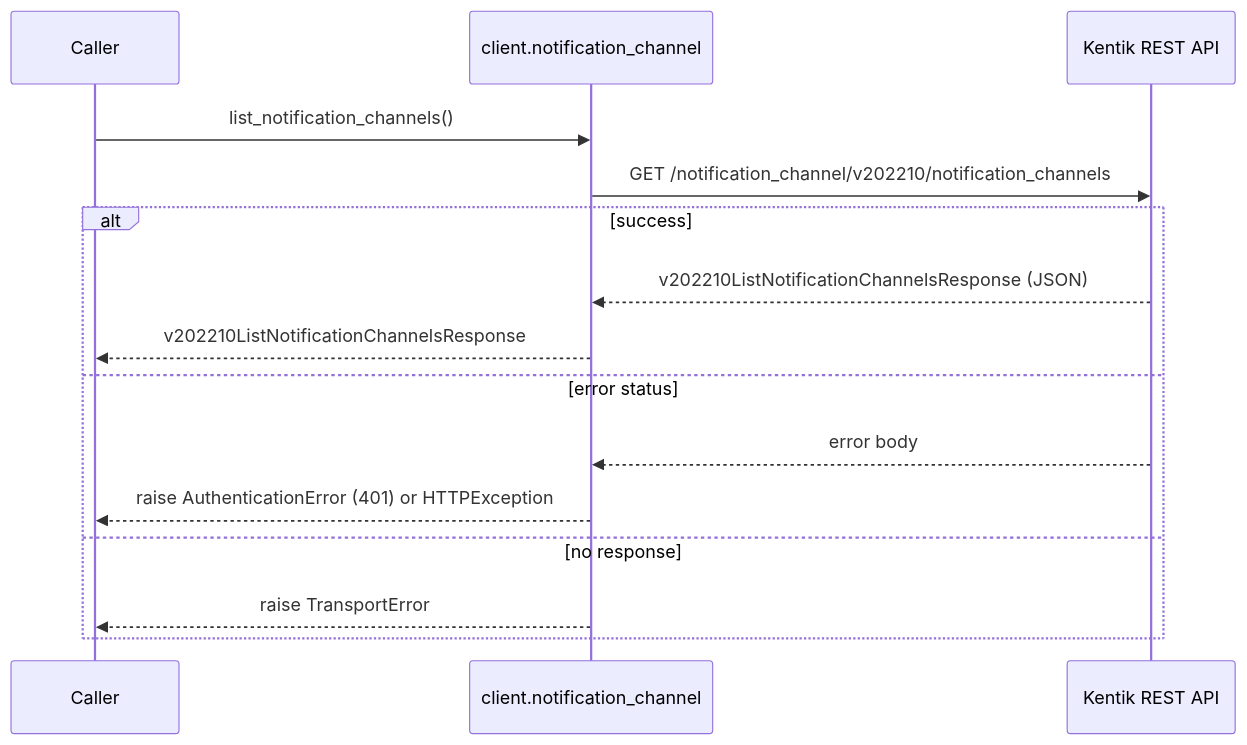
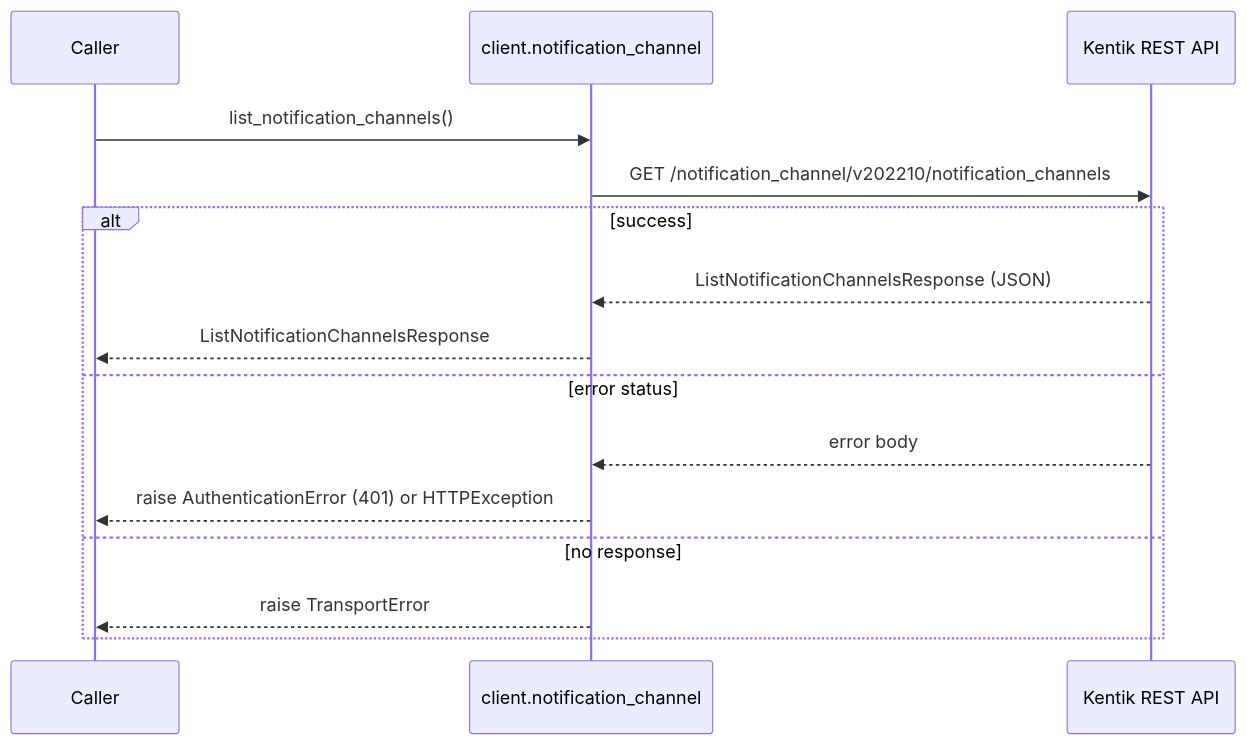
Before and after one commit to alexdearaujo/community_sdk_python: the second of 8 diagrams in docs/sphinx/services/notification_channel.md, drawn with Mermaid. The commit also changed other lines of this file and 38 other files, not shown here.

````diff
--- a/docs/sphinx/services/notification_channel.md
+++ b/docs/sphinx/services/notification_channel.md
@@ -38,18 +38,18 @@
 ```mermaid
 sequenceDiagram
     participant C as Caller
     participant W as client.notification_channel
     participant API as Kentik REST API
 
     C->>W: list_notification_channels()
     W->>API: GET /notification_channel/v202210/notification_channels
     alt success
-        API-->>W: v202210ListNotificationChannelsResponse (JSON)
-        W-->>C: v202210ListNotificationChannelsResponse
+        API-->>W: ListNotificationChannelsResponse (JSON)
+        W-->>C: ListNotificationChannelsResponse
     else error status
         API-->>W: error body
         W-->>C: raise AuthenticationError (401) or HTTPException
     else no response
         W-->>C: raise TransportError
     end
 ```
````
